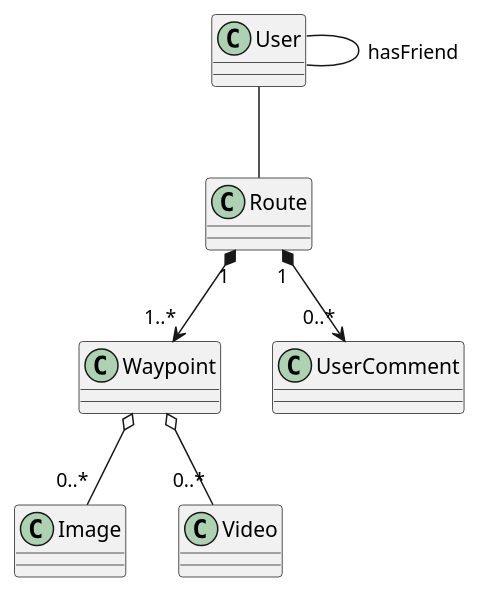
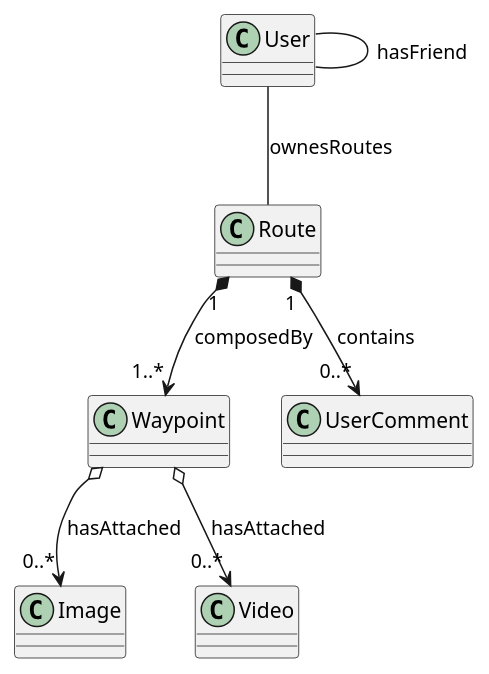
One commit to sarav22/viade_en2a changed the diagram in src/docs/08_concepts.adoc. Above: the diagram before and after it, drawn with PlantUML. The commit also changed 1 other file, not shown here.

Commit message:
fix labels in uml diagrams

```diff
--- a/src/docs/08_concepts.adoc
+++ b/src/docs/08_concepts.adoc
@@ -57,11 +57,11 @@
-[plantuml,"Sequence diagram",png]
+[plantuml,"Domain diagram",png]
 ----
 @startuml
-User -- Route
+User -- Route : ownesRoutes
 User -- User : hasFriend
-Route "1" *--> "1..*" Waypoint
-Route "1" *--> "0..*" UserComment
-Waypoint o-- "0..*" Image
-Waypoint o-- "0..*" Video
+Route "1" *--> "1..*" Waypoint : composedBy
+Route "1" *--> "0..*" UserComment : contains
+Waypoint o--> "0..*" Image : hasAttached
+Waypoint o--> "0..*" Video : hasAttached
 @enduml
 ----
```
